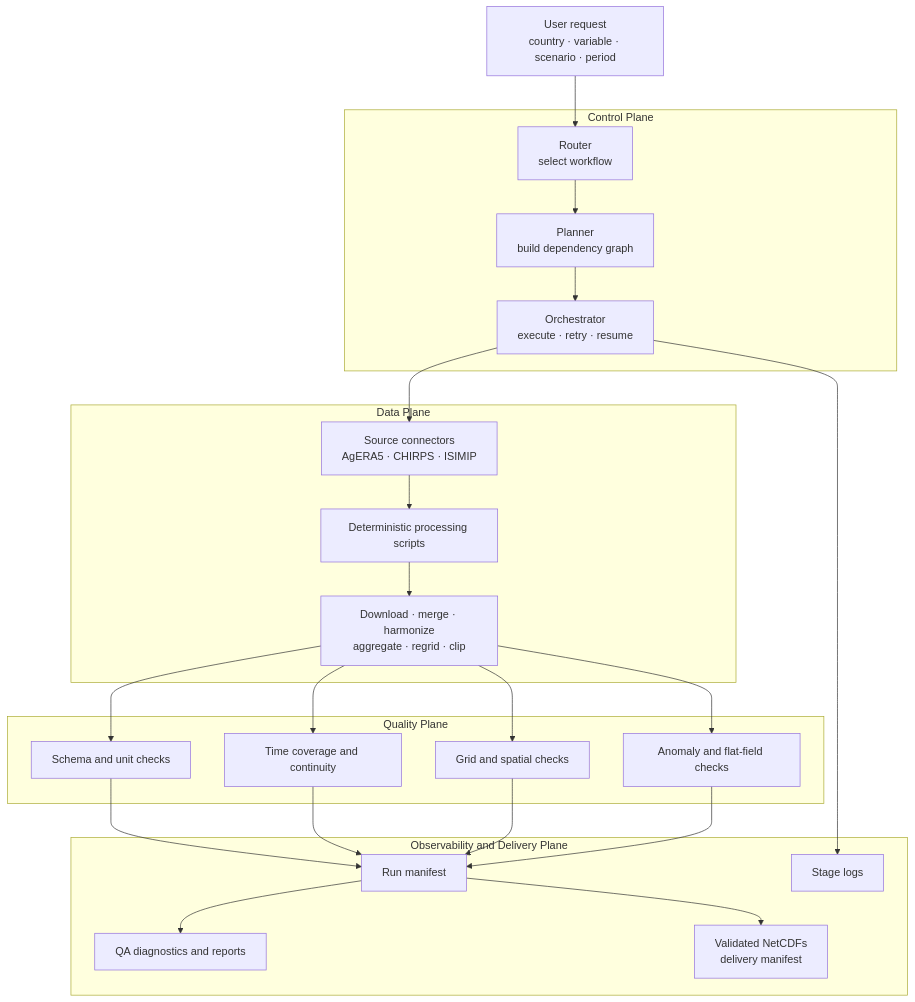
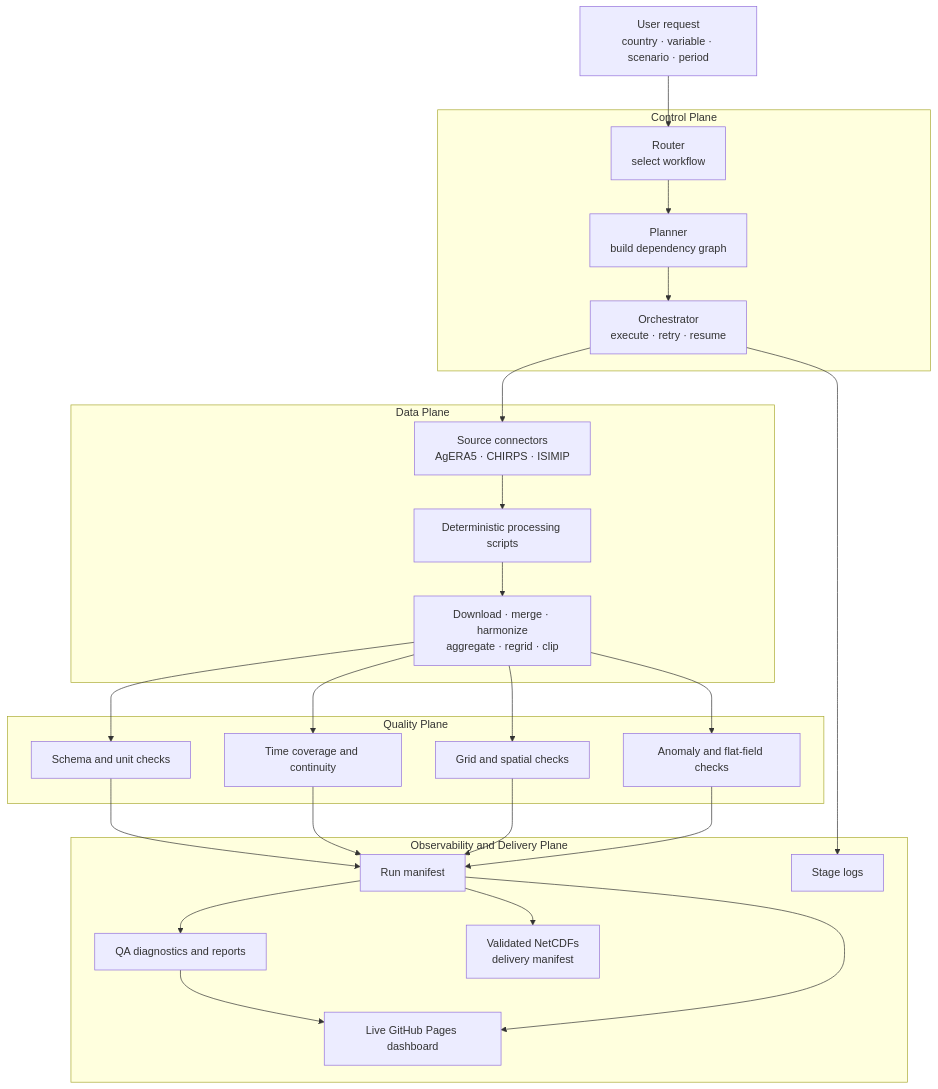
One commit to YonSci/climate-agent changed the first of 3 diagrams in README.md. Above: the diagram before and after it, drawn with Mermaid. The commit also changed other lines of this file, not shown here.

Commit message:
Add live dashboard to README

````diff
--- a/README.md
+++ b/README.md
@@ -153,45 +159,48 @@
 ```mermaid
 flowchart TB
     U[User request<br/>country · variable · scenario · period] --> R
 
     subgraph CP[Control Plane]
         R[Router<br/>select workflow]
         P[Planner<br/>build dependency graph]
         O[Orchestrator<br/>execute · retry · resume]
         R --> P --> O
     end
 
     subgraph DP[Data Plane]
         C[Source connectors<br/>AgERA5 · CHIRPS · ISIMIP]
         S[Deterministic processing scripts]
         H[Download · merge · harmonize<br/>aggregate · regrid · clip]
         C --> S --> H
     end
 
     subgraph QP[Quality Plane]
         Q1[Schema and unit checks]
         Q2[Time coverage and continuity]
         Q3[Grid and spatial checks]
         Q4[Anomaly and flat-field checks]
     end
 
     subgraph OP[Observability and Delivery Plane]
         M[Run manifest]
         L[Stage logs]
         D[QA diagnostics and reports]
         E[Validated NetCDFs<br/>delivery manifest]
+        W[Live GitHub Pages dashboard]
     end
 
     O --> C
     H --> Q1
     H --> Q2
     H --> Q3
     H --> Q4
     Q1 --> M
     Q2 --> M
     Q3 --> M
     Q4 --> M
     O --> L
     M --> D
     M --> E
+    D --> W
+    M --> W
 ```
````
